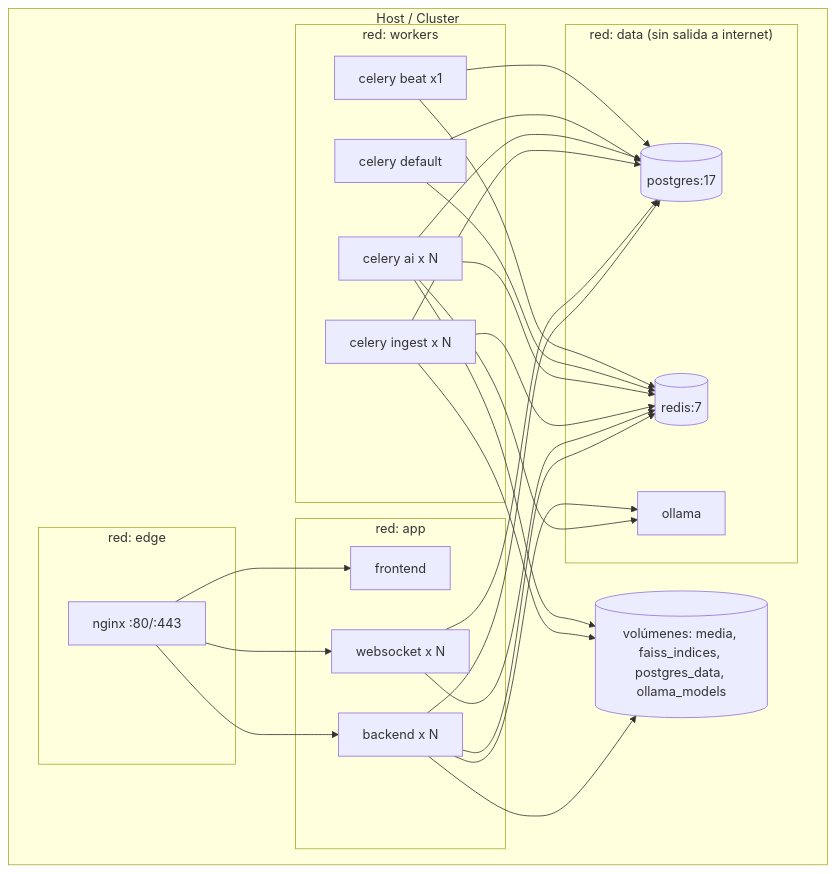
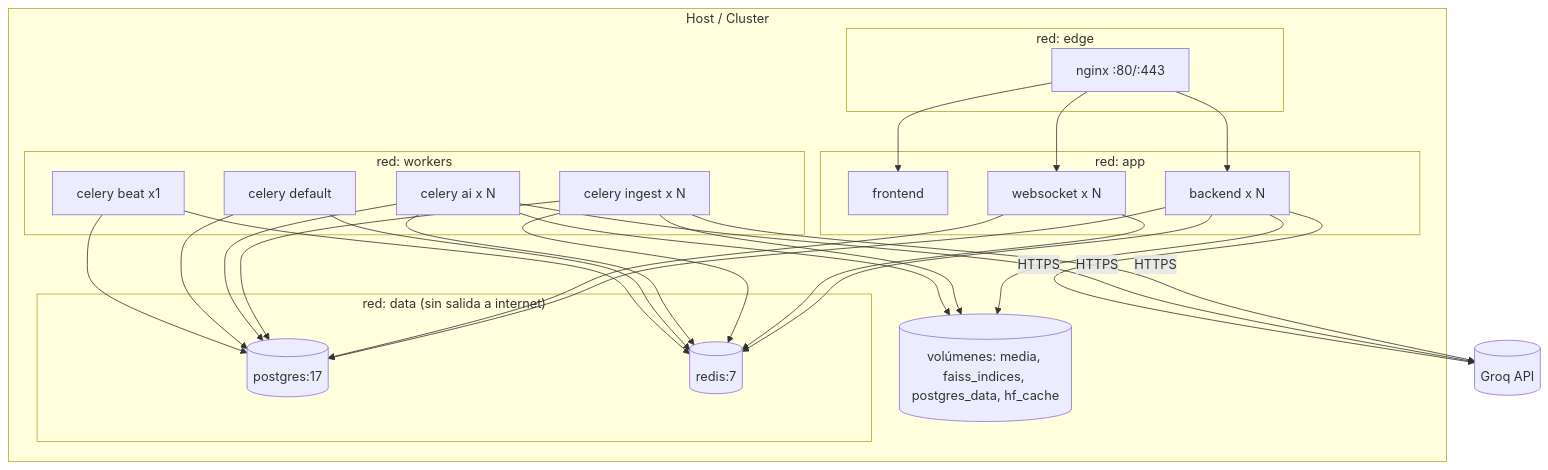
One commit to YoAndres2001/Capacitacion_IA changed the seventh of 7 diagrams in docs/05-arquitectura.md. Above: the diagram before and after it, drawn with Mermaid. The commit also changed other lines of this file and 118 other files, not shown here.

````diff
--- a/docs/05-arquitectura.md
+++ b/docs/05-arquitectura.md
@@ -305,29 +306,29 @@
 ```mermaid
 graph TB
     subgraph "Host / Cluster"
         subgraph "red: edge"
             NX[nginx :80/:443]
         end
         subgraph "red: app"
             FE[frontend]
             BE1[backend x N]
             WS1[websocket x N]
         end
         subgraph "red: workers"
             CW1[celery ingest x N]
             CW2[celery ai x N]
             CW3[celery default]
             CB[celery beat x1]
         end
         subgraph "red: data (sin salida a internet)"
             PGX[(postgres:17)]
             RDX[(redis:7)]
-            OLX[ollama]
         end
-        VOL[(volúmenes: media, faiss_indices, postgres_data, ollama_models)]
+        VOL[(volúmenes: media, faiss_indices, postgres_data, hf_cache)]
     end
+    GROQ[(Groq API)]
     NX --> FE & BE1 & WS1
     BE1 & WS1 & CW1 & CW2 & CW3 & CB --> PGX & RDX
     BE1 & CW1 & CW2 --> VOL
-    CW2 & BE1 --> OLX
+    CW1 & CW2 & BE1 -->|HTTPS| GROQ
 ```
````
